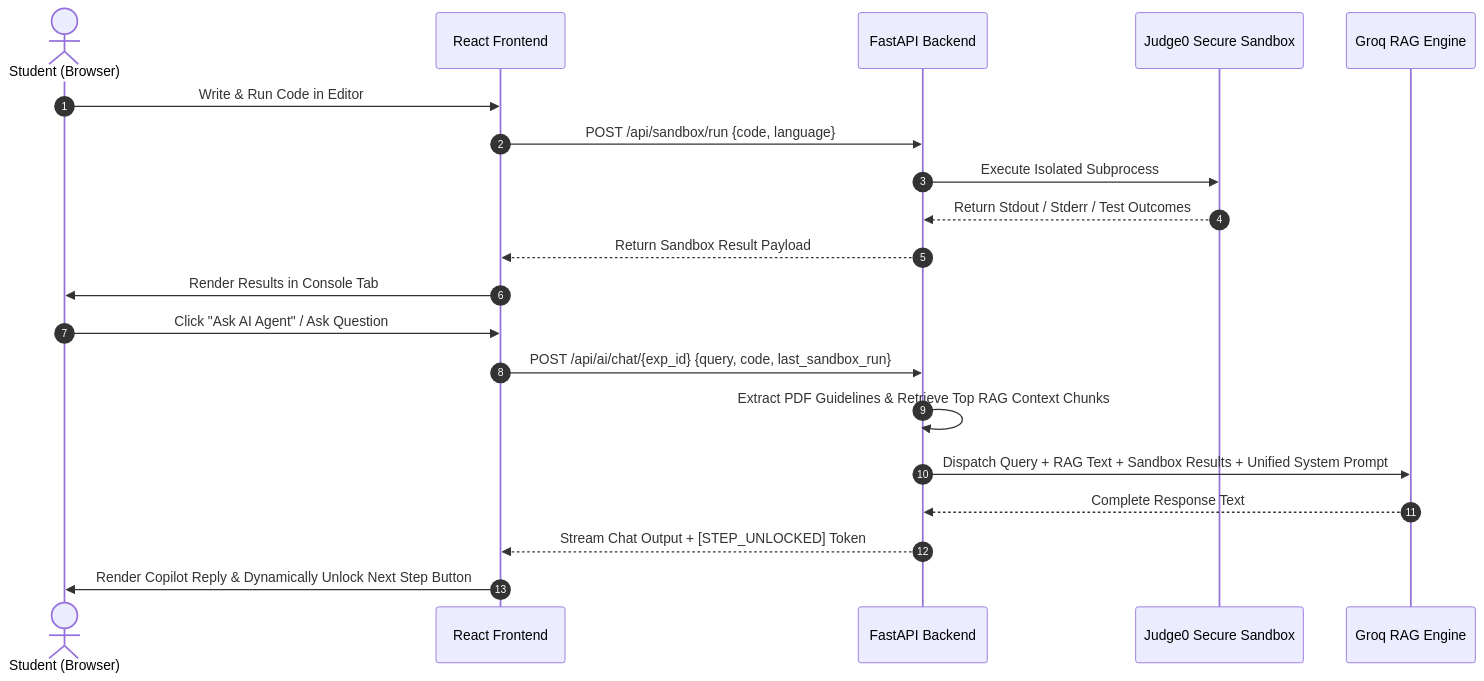
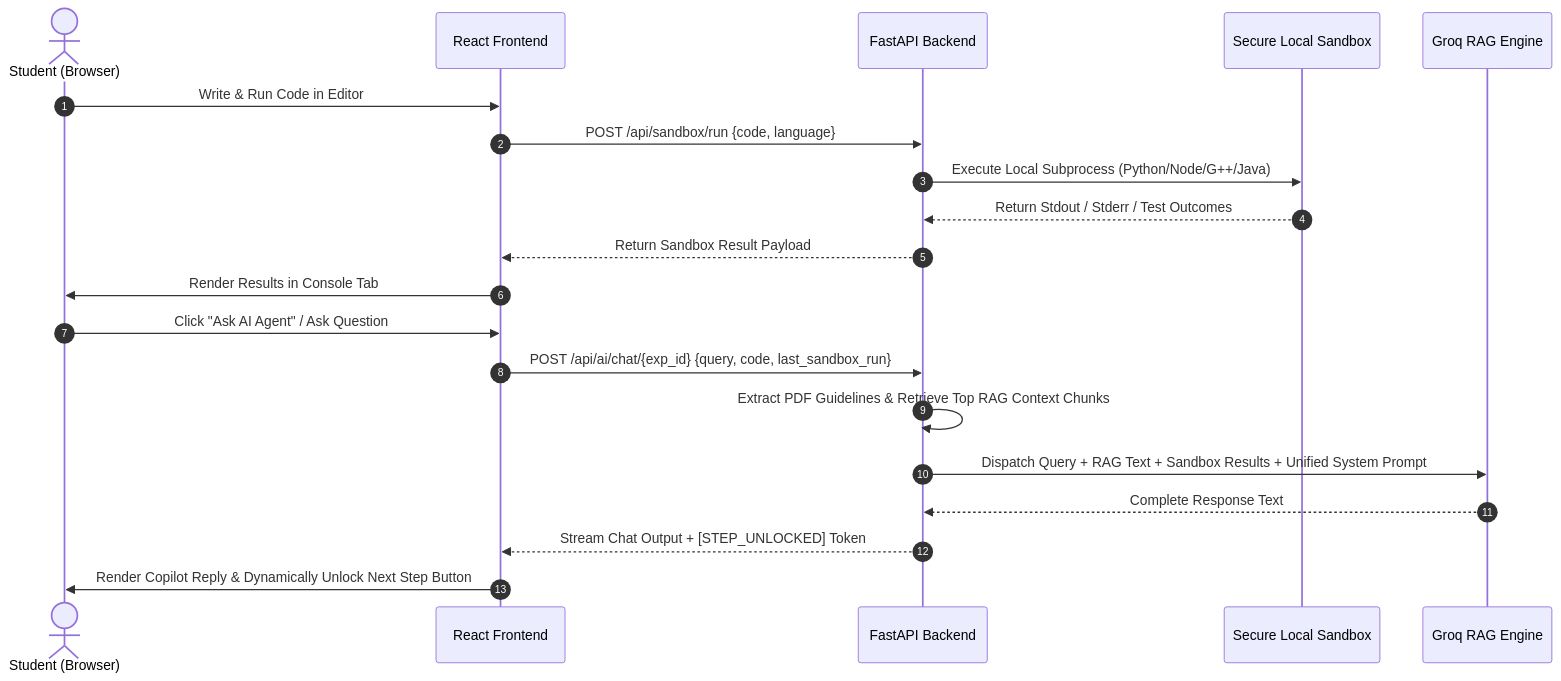
One commit to Prjhage/AI--Lab-Agent changed the diagram in README.md. Above: the diagram before and after it, drawn with Mermaid. The commit also changed other lines of this file and 1 other file, not shown here.

Commit message:
docs: correct code sandbox execution architecture references to local backend sandbox engine

````diff
--- a/README.md
+++ b/README.md
@@ -65,24 +65,24 @@
 ```mermaid
 sequenceDiagram
     autonumber
     actor Student as Student (Browser)
     participant FE as React Frontend
     participant BE as FastAPI Backend
-    participant Sandbox as Judge0 Secure Sandbox
+    participant Sandbox as Secure Local Sandbox
     participant LLM as Groq RAG Engine
 
     Student->>FE: Write & Run Code in Editor
     FE->>BE: POST /api/sandbox/run {code, language}
-    BE->>Sandbox: Execute Isolated Subprocess
+    BE->>Sandbox: Execute Local Subprocess (Python/Node/G++/Java)
     Sandbox-->>BE: Return Stdout / Stderr / Test Outcomes
     BE-->>FE: Return Sandbox Result Payload
     FE->>Student: Render Results in Console Tab
 
     Student->>FE: Click "Ask AI Agent" / Ask Question
     FE->>BE: POST /api/ai/chat/{exp_id} {query, code, last_sandbox_run}
     BE->>BE: Extract PDF Guidelines & Retrieve Top RAG Context Chunks
     BE->>LLM: Dispatch Query + RAG Text + Sandbox Results + Unified System Prompt
     LLM-->>BE: Complete Response Text
     BE-->>FE: Stream Chat Output + [STEP_UNLOCKED] Token
     FE->>Student: Render Copilot Reply & Dynamically Unlock Next Step Button
 ```
````
